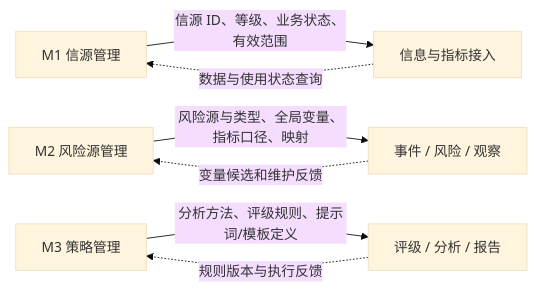
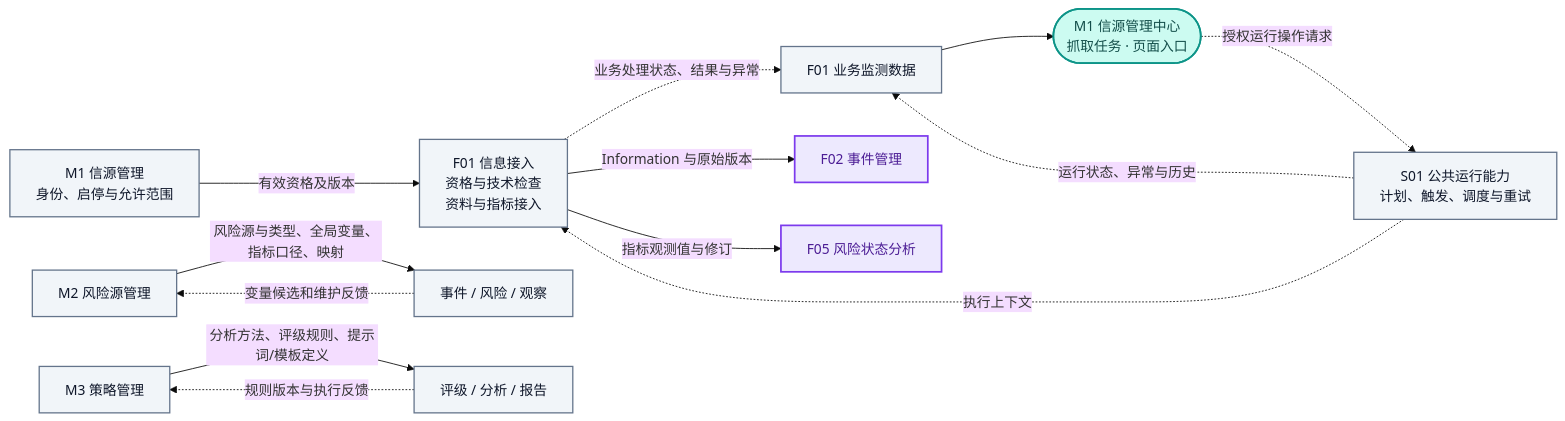
One commit to caojingwen1996/obsidian_kb changed the fifth of 18 diagrams in tools/RiskHot/docs/system-design/03-系统功能架构/系统功能架构总览.md. Above: the diagram before and after it, drawn with Mermaid (base theme). The commit also changed other lines of this file and 168 other files, not shown here.

````diff
--- a/tools/RiskHot/docs/system-design/03-系统功能架构/系统功能架构总览.md
+++ b/tools/RiskHot/docs/system-design/03-系统功能架构/系统功能架构总览.md
@@ -286,10 +315,21 @@
 ```mermaid
 flowchart LR
-    M1[M1 信源管理] -->|信源 ID、等级、业务状态、有效范围| A[信息与指标接入]
+    M1["M1 信源管理<br/>身份、启停与允许范围"] -->|有效资格及版本| A["F01 信息接入<br/>资格与技术检查<br/>资料与指标接入"]
     M2[M2 风险源管理] -->|风险源与类型、全局变量、指标口径、映射| B[事件 / 风险 / 观察]
     M3[M3 策略管理] -->|分析方法、评级规则、提示词/模板定义| C[评级 / 分析 / 报告]
-
-    A -.->|数据与使用状态查询| M1
+    S01["S01 公共运行能力<br/>计划、触发、调度与重试"] -. 执行上下文 .-> A
+    S01 -. 运行状态、异常与历史 .-> MON["F01 业务监测数据"]
+    A -. 业务处理状态、结果与异常 .-> MON
+    MON --> VIEW(["M1 信源管理中心<br/>抓取任务 · 页面入口"])
+    VIEW -. 授权运行操作请求 .-> S01
+    A -->|Information 与原始版本| F02["F02 事件管理"]
+    A -->|指标观测值与修订| F05["F05 风险状态分析"]
     B -.->|变量候选和维护反馈| M2
     C -.->|规则版本与执行反馈| M3
+    classDef system fill:#f1f5f9,stroke:#64748b,color:#0f172a,stroke-width:1.5px
+    classDef port fill:#ccfbf1,stroke:#0d9488,color:#134e4a,stroke-width:2px
+    classDef downstream fill:#ede9fe,stroke:#7c3aed,color:#4c1d95,stroke-width:2px
+    class M1,M2,M3,A,B,C,S01,MON system
+    class VIEW port
+    class F02,F05 downstream
 ```
````
